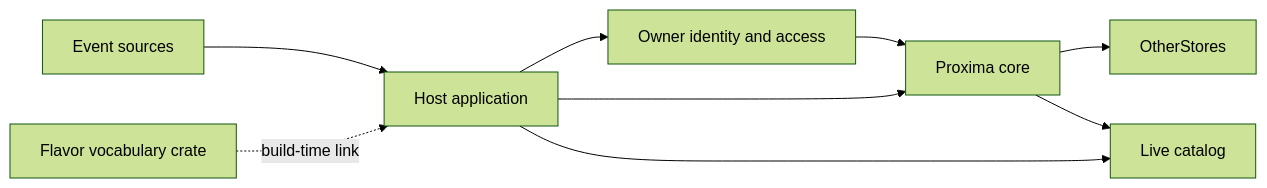
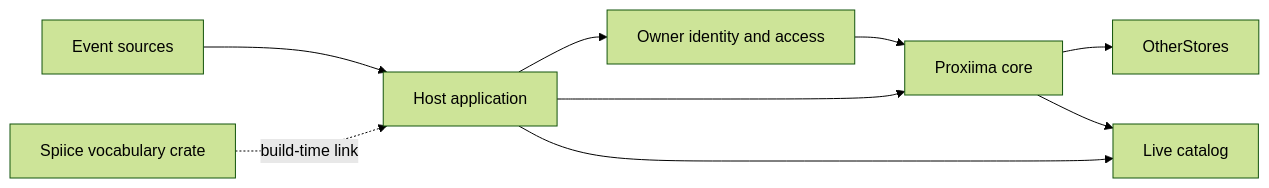
One commit to Aquilo-Solution-S/Proxima changed the second of 2 diagrams in docs/index.md. Above: the diagram before and after it, drawn with Mermaid (forest theme). The commit also changed other lines of this file and 764 other files, not shown here.

````diff
--- a/docs/index.md
+++ b/docs/index.md
@@ -47,18 +47,18 @@
 ```mermaid
 flowchart LR
     H[Host application]
     ID[Owner identity and access]
     S[Event sources]
-    C[Proxima core]
+    C[Proxiima core]
     O[OtherStores]
-    V[Flavor vocabulary crate]
+    V[Spiice vocabulary crate]
     CAT[Live catalog]
     H --> ID
     S --> H
     H --> C
     ID --> C
     V -. build-time link .-> H
     C --> O
     H --> CAT
     C --> CAT
 ```
````
